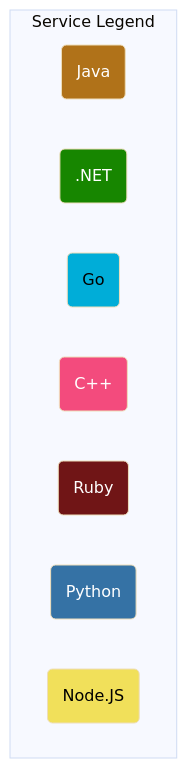
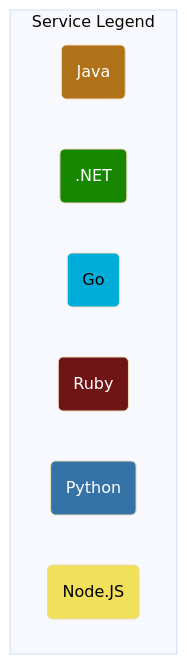
One commit to open-telemetry/opentelemetry-demo changed the second of 2 diagrams in README.md. Above: the diagram before and after it, drawn with Mermaid (base theme).

Commit message:
fix chart legend

````diff
--- a/README.md
+++ b/README.md
@@ -156,23 +156,22 @@
 ```mermaid
 graph TD
 subgraph Service Legend
   javasvc(Java):::java
   dotnetsvc(.NET):::dotnet
   golangsvc(Go):::golang
-  cppsvc(C++):::cpp
   rubysvc(Ruby):::ruby
   pythonsvc(Python):::python
   nodesvc(Node.JS):::nodejs
 end
 
 classDef java fill:#b07219,color:white;
 classDef dotnet fill:#178600,color:white;
 classDef golang fill:#00add8,color:black;
 classDef cpp fill:#f34b7d,color:white;
 classDef ruby fill:#701516,color:white;
 classDef python fill:#3572A5,color:white;
 classDef nodejs fill:#f1e05a,color:black;
 classDef rust fill:#dea584,color:black;
 classDef erlang fill:#b83998,color:white;
 classDef php fill:#4f5d95,color:white;
 ```
````
